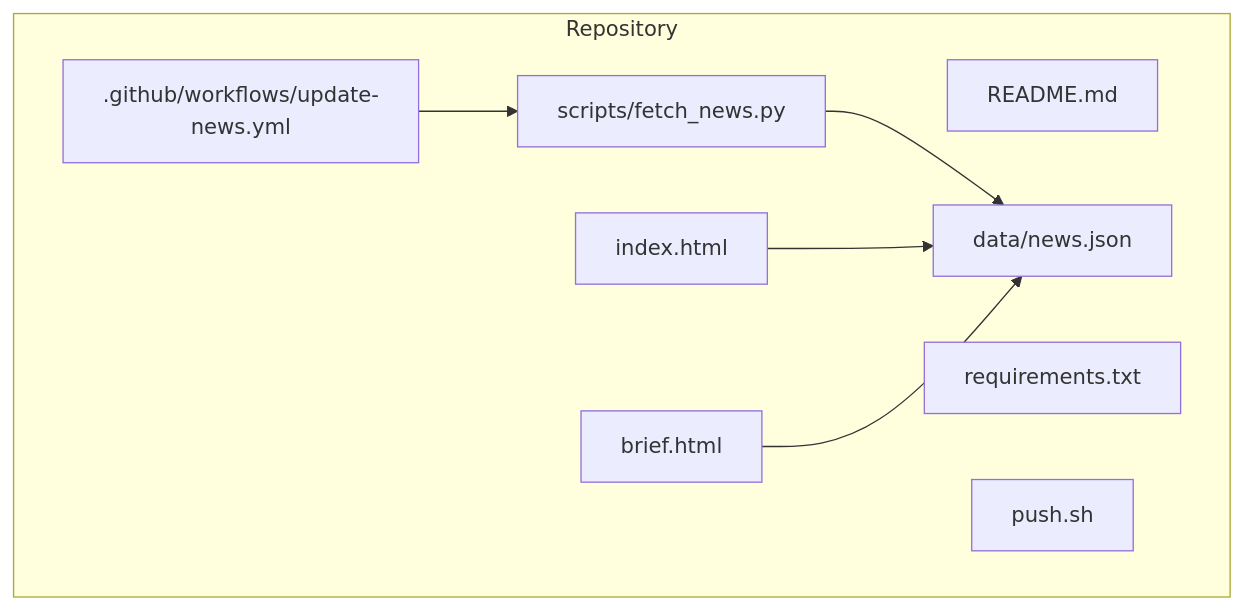
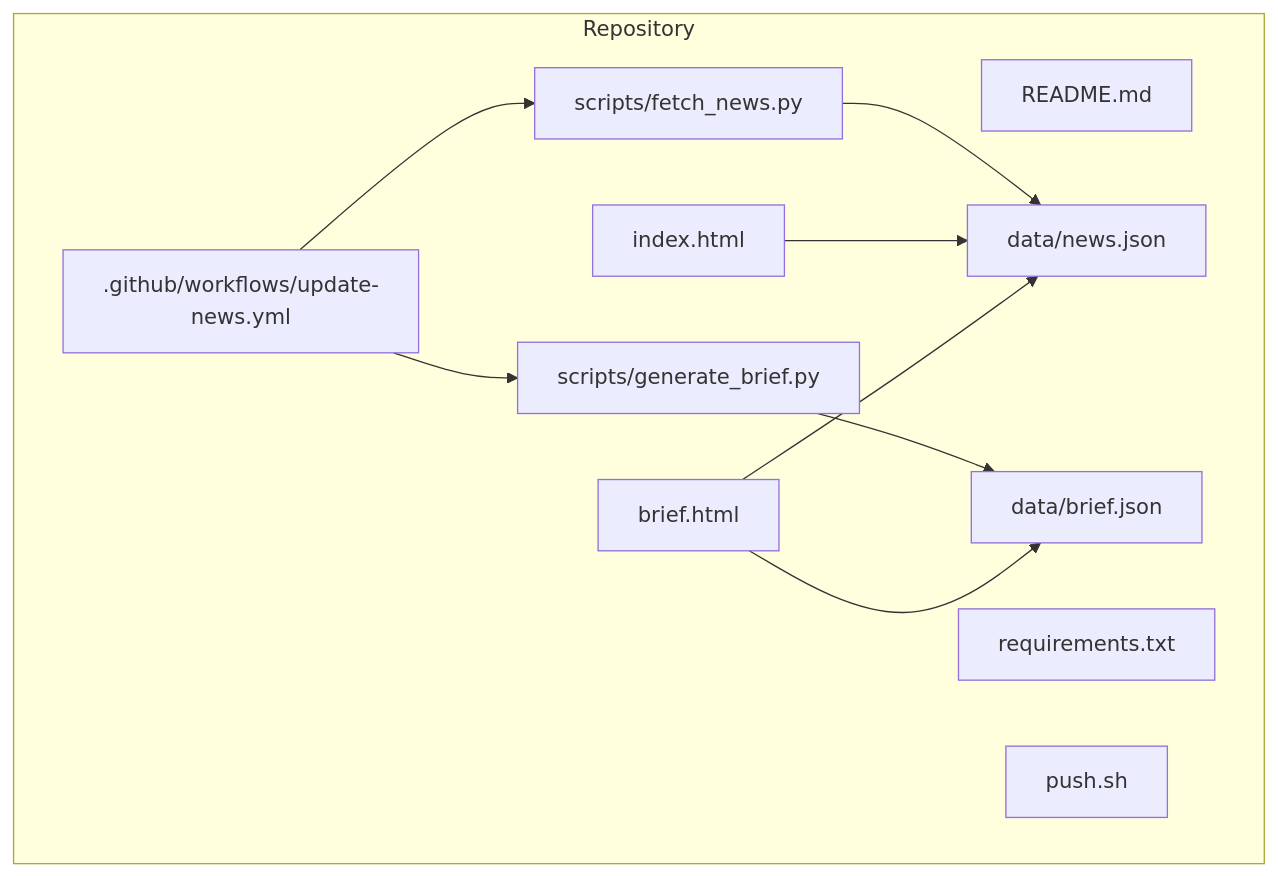
One commit to junxie01/daily_news changed the first of 4 diagrams in .qoder/repowiki/en/content/Data Management.md. Above: the diagram before and after it, drawn with Mermaid. The commit also changed other lines of this file and 3 other files, not shown here.

````diff
--- a/.qoder/repowiki/en/content/Data Management.md
+++ b/.qoder/repowiki/en/content/Data Management.md
@@ -33,17 +44,22 @@
 ```mermaid
 graph TB
 subgraph "Repository"
 A["README.md"]
 B[".github/workflows/update-news.yml"]
 C["requirements.txt"]
 D["scripts/fetch_news.py"]
-E["data/news.json"]
-F["index.html"]
-G["brief.html"]
-H["push.sh"]
+E["scripts/generate_brief.py"]
+F["data/news.json"]
+G["data/brief.json"]
+H["index.html"]
+I["brief.html"]
+J["push.sh"]
 end
 B --> D
-D --> E
-F --> E
-G --> E
+B --> E
+D --> F
+E --> G
+H --> F
+I --> G
+I --> F
 ```
````
